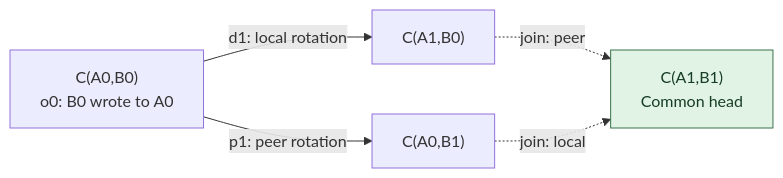
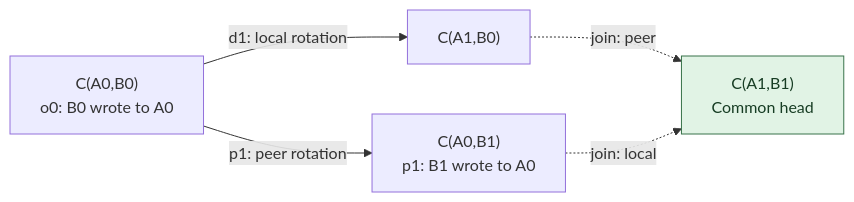
One commit to estoc-dev/estoc changed the fourth of 18 diagrams in packages/continuity/docs/guide.md. Above: the diagram before and after it, drawn with Mermaid. The commit also changed other lines of this file and 32 other files, not shown here.

````diff
--- a/packages/continuity/docs/guide.md
+++ b/packages/continuity/docs/guide.md
@@ -119,9 +120,9 @@
 ```mermaid
 flowchart LR
     C00["C(A0,B0)<br/>o0: B0 wrote to A0"] -->|"d1: local rotation"| C10["C(A1,B0)"]
-    C00 -->|"p1: peer rotation"| C01["C(A0,B1)"]
+    C00 -->|"p1: peer rotation"| C01["C(A0,B1)<br/>p1: B1 wrote to A0"]
     C10 -. "join: peer" .-> C11["C(A1,B1)<br/>Common head"]
     C01 -. "join: local" .-> C11
     classDef head fill:#e1f3e5,stroke:#39734a,color:#173d24
     class C11 head
 ```
````
